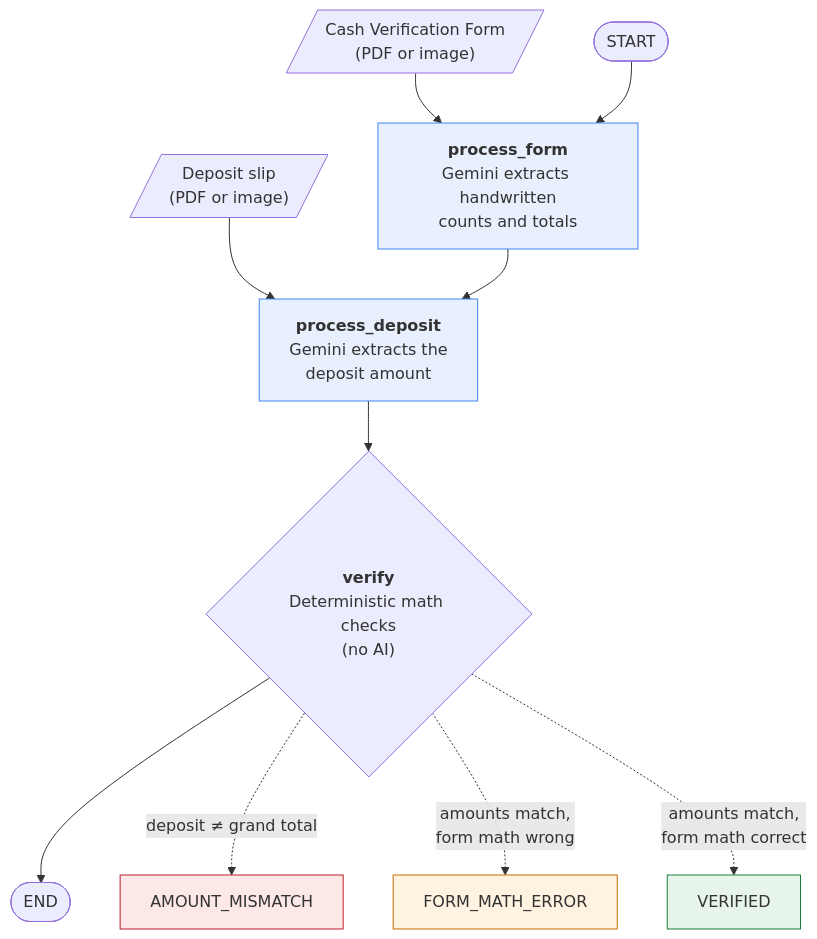
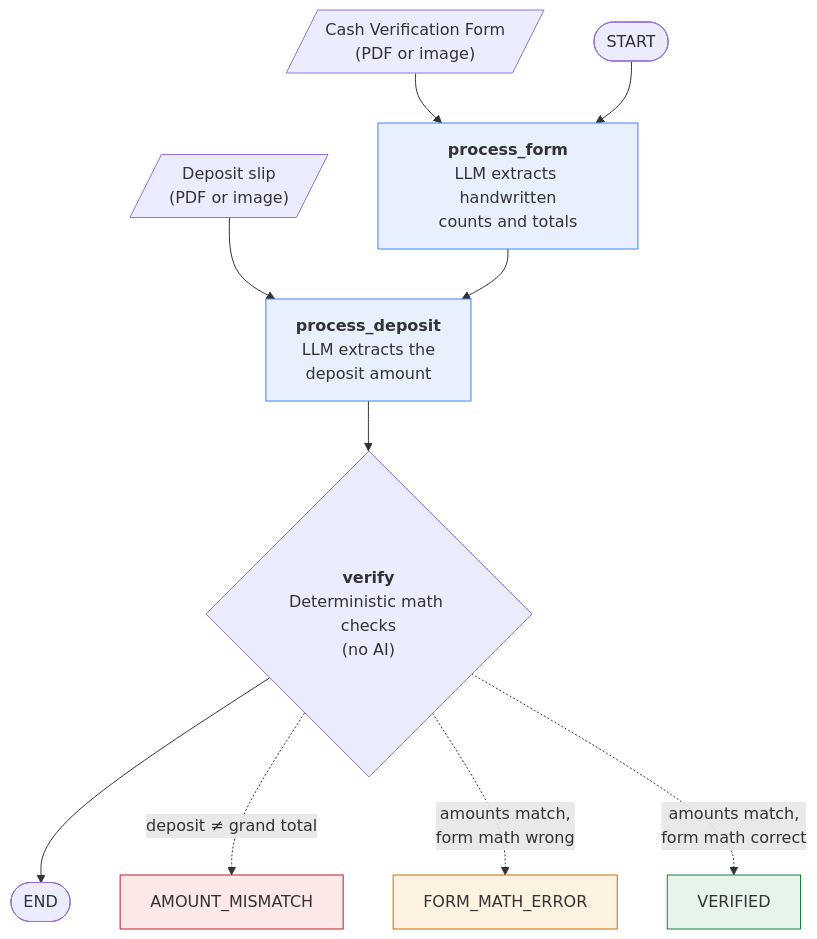
Before and after one commit to indapa/pta-treasurer-agent: the diagram in README.md, drawn with Mermaid. The commit also changed other lines of this file and 3 other files, not shown here.

````diff
--- a/README.md
+++ b/README.md
@@ -12,23 +12,23 @@
 ```mermaid
 flowchart TD
     form[/"Cash Verification Form<br/>(PDF or image)"/] --> process_form
     deposit[/"Deposit slip<br/>(PDF or image)"/] --> process_deposit
 
-    START([START]) --> process_form["<b>process_form</b><br/>Gemini extracts handwritten<br/>counts and totals"]
-    process_form --> process_deposit["<b>process_deposit</b><br/>Gemini extracts the<br/>deposit amount"]
+    START([START]) --> process_form["<b>process_form</b><br/>LLM extracts handwritten<br/>counts and totals"]
+    process_form --> process_deposit["<b>process_deposit</b><br/>LLM extracts the<br/>deposit amount"]
     process_deposit --> verify{"<b>verify</b><br/>Deterministic math checks<br/>(no AI)"}
     verify --> END([END])
 
     verify -. deposit ≠ grand total .-> mismatch["AMOUNT_MISMATCH"]
     verify -. amounts match,<br/>form math wrong .-> matherr["FORM_MATH_ERROR"]
     verify -. amounts match,<br/>form math correct .-> verified["VERIFIED"]
 
     classDef ai fill:#e8f0fe,stroke:#4285f4
     classDef ok fill:#e6f4ea,stroke:#16803c
     classDef warn fill:#fef3e0,stroke:#c86e00
     classDef bad fill:#fce8e6,stroke:#be1e2d
     class process_form,process_deposit ai
     class verified ok
     class matherr warn
     class mismatch bad
 ```
````
